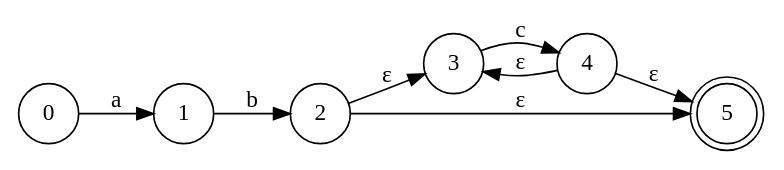
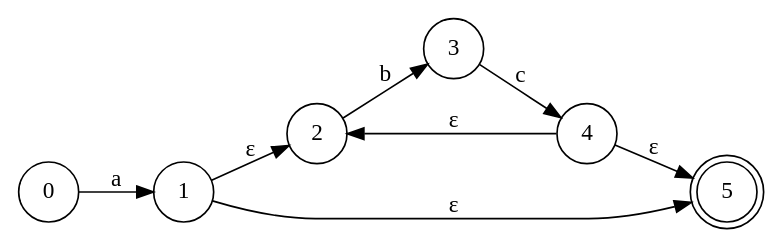
Before and after one commit to RaphaelNY/HDU_Compilation_Experiment: the diagram in nfa.dot, drawn with Graphviz. The commit also changed 4 other files, not shown here.

```diff
--- a/nfa.dot
+++ b/nfa.dot
@@ -1,12 +1,12 @@
 digraph NFA {
     rankdir=LR;
     node [shape = circle];
     0 -> 1 [label="a"];
-    1 -> 2 [label="b"];
-    2 -> 3 [label="ε"];
-    2 -> 5 [label="ε"];
+    1 -> 2 [label="ε"];
+    1 -> 5 [label="ε"];
+    2 -> 3 [label="b"];
     3 -> 4 [label="c"];
     4 -> 5 [label="ε"];
-    4 -> 3 [label="ε"];
+    4 -> 2 [label="ε"];
     5 [shape = doublecircle];
 }
```
